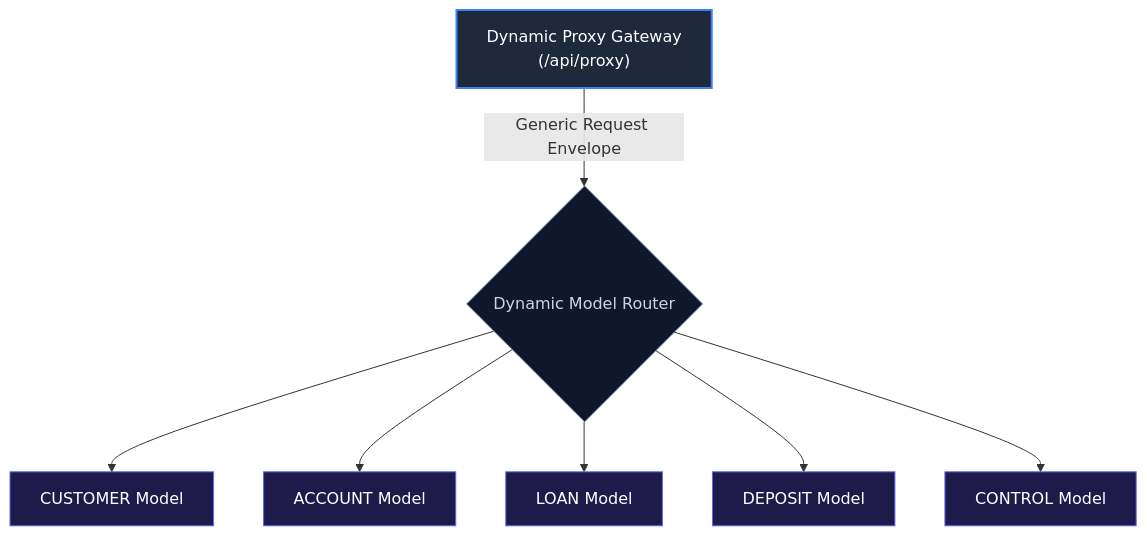
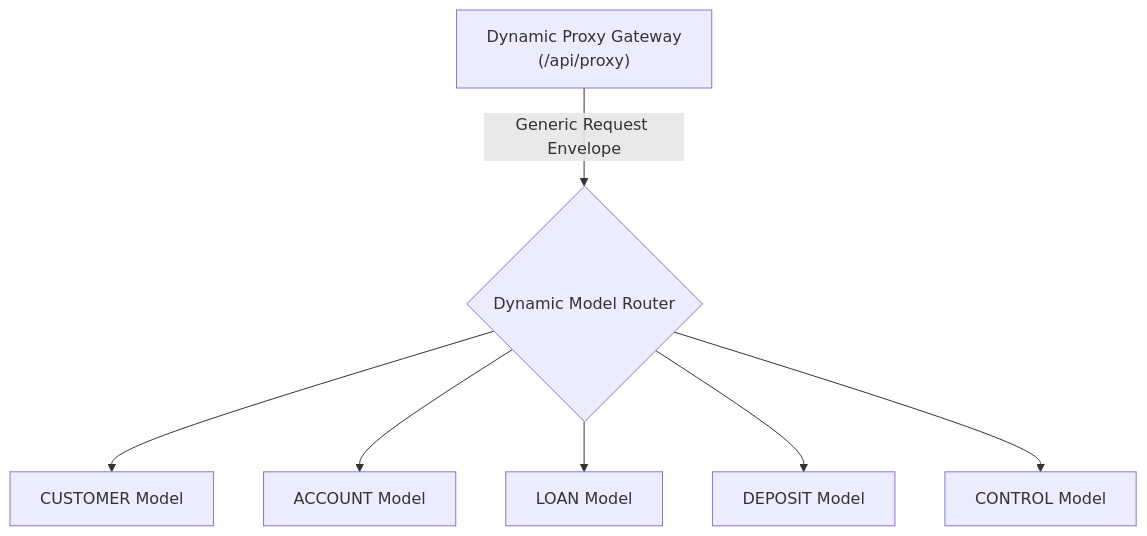
The diagram in docs/devs/04-data-flow-and-api/dynamic-api-integration.md (HadiuzzamanBappy/finx-ui), drawn with Mermaid before and after one commit. The commit also changed 31 other files, not shown here.

````diff
--- a/docs/devs/04-data-flow-and-api/dynamic-api-integration.md
+++ b/docs/devs/04-data-flow-and-api/dynamic-api-integration.md
@@ -12,17 +12,9 @@
 ```mermaid
-graph TD
+flowchart TD
     Gateway["Dynamic Proxy Gateway<br/>(/api/proxy)"] -->|Generic Request Envelope| Router{"Dynamic Model Router"}
     Router --> Customer["CUSTOMER Model"]
     Router --> Account["ACCOUNT Model"]
     Router --> Loan["LOAN Model"]
     Router --> Deposit["DEPOSIT Model"]
     Router --> Control["CONTROL Model"]
-
-    style Gateway fill:#1e293b,stroke:#3b82f6,stroke-width:2px,color:#fff
-    style Router fill:#0f172a,stroke:#64748b,stroke-width:1px,color:#cbd5e1
-    style Customer fill:#1e1b4b,stroke:#6366f1,stroke-width:1px,color:#fff
-    style Account fill:#1e1b4b,stroke:#6366f1,stroke-width:1px,color:#fff
-    style Loan fill:#1e1b4b,stroke:#6366f1,stroke-width:1px,color:#fff
-    style Deposit fill:#1e1b4b,stroke:#6366f1,stroke-width:1px,color:#fff
-    style Control fill:#1e1b4b,stroke:#6366f1,stroke-width:1px,color:#fff
 ```
````
